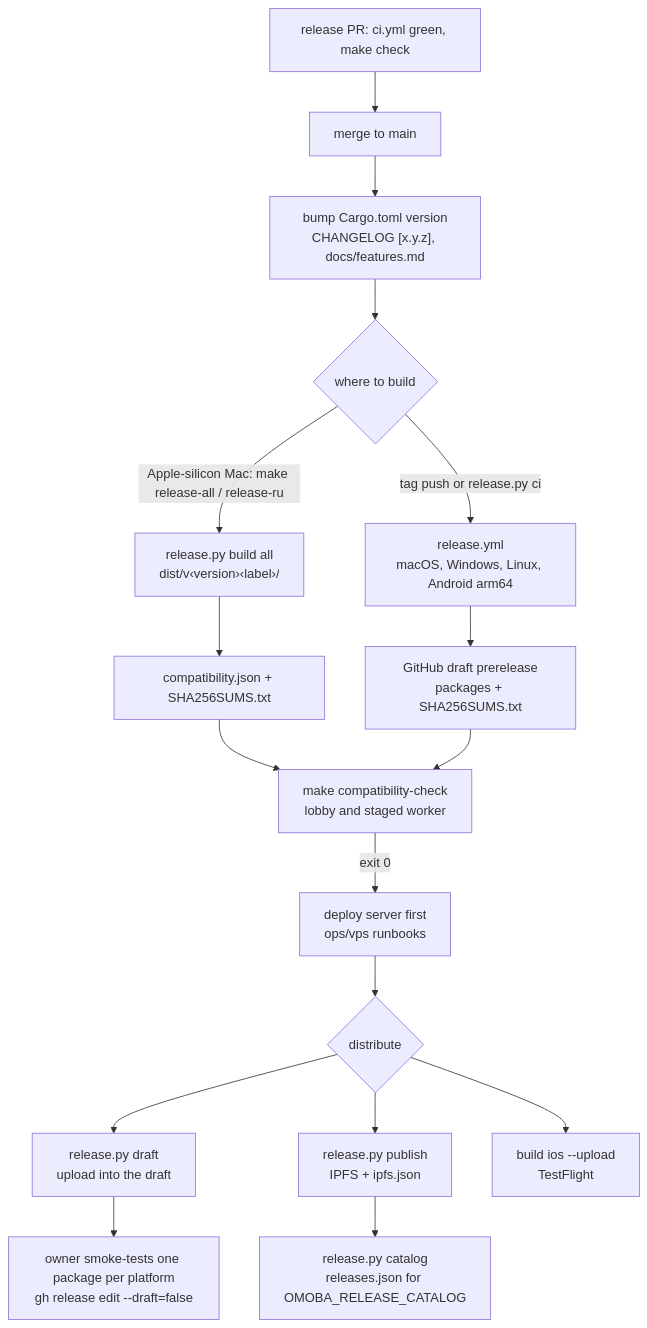
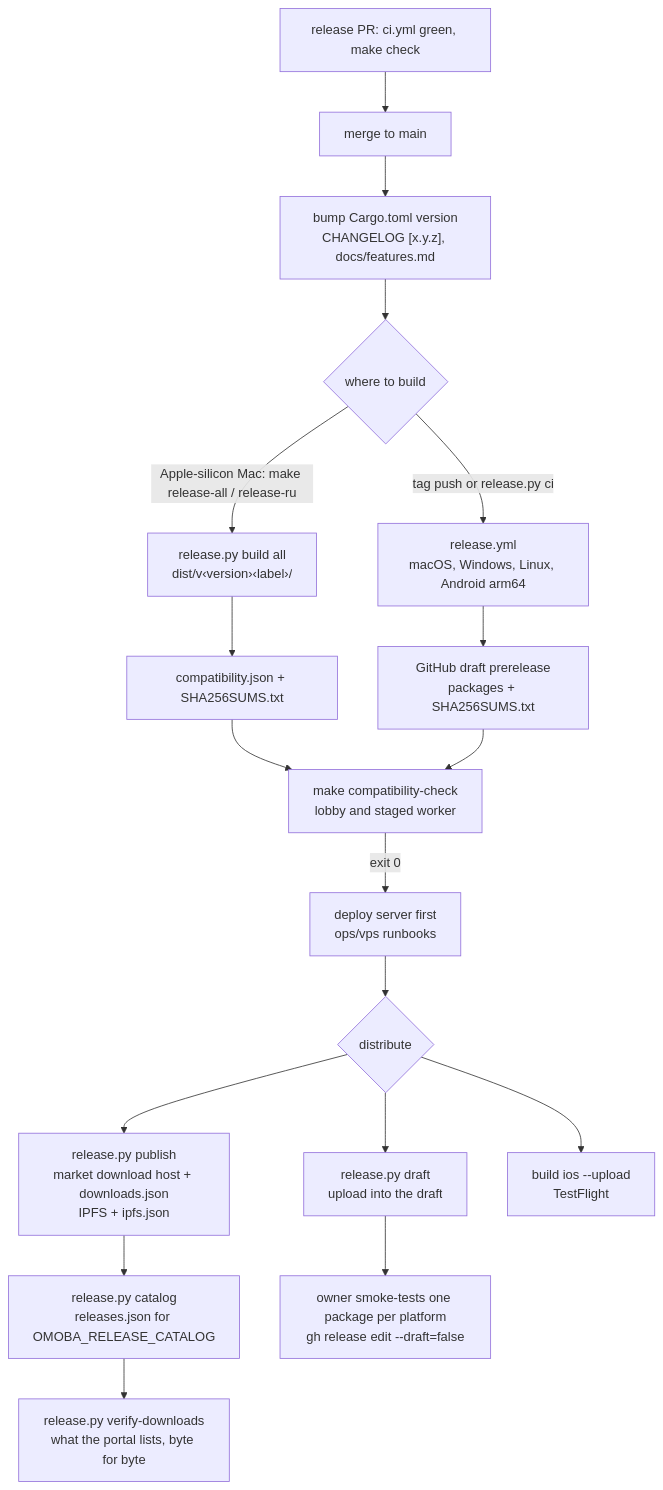
One commit to o-moba/omoba-bevy changed the second of 2 diagrams in docs/architecture/build-and-release.md. Above: the diagram before and after it, drawn with Mermaid. The commit also changed other lines of this file and 19 other files, not shown here.

````diff
--- a/docs/architecture/build-and-release.md
+++ b/docs/architecture/build-and-release.md
@@ -352,19 +354,20 @@
 ```mermaid
 flowchart TD
   PR["release PR: ci.yml green, make check"] --> MAIN["merge to main"]
   MAIN --> BUMP["bump Cargo.toml version<br/>CHANGELOG [x.y.z], docs/features.md"]
   BUMP --> WHERE{"where to build"}
   WHERE -->|tag push or release.py ci| GHA["release.yml<br/>macOS, Windows, Linux, Android arm64"]
   GHA --> DRAFT["GitHub draft prerelease<br/>packages + SHA256SUMS.txt"]
   WHERE -->|Apple-silicon Mac: make release-all / release-ru| LOCAL["release.py build all<br/>dist/v‹version›‹label›/"]
   LOCAL --> MAN["compatibility.json + SHA256SUMS.txt"]
   MAN --> PROBE["make compatibility-check<br/>lobby and staged worker"]
   DRAFT --> PROBE
   PROBE -->|exit 0| SRV["deploy server first<br/>ops/vps runbooks"]
   SRV --> DIST{"distribute"}
   DIST --> UP["release.py draft<br/>upload into the draft"]
-  DIST --> IPFS["release.py publish<br/>IPFS + ipfs.json"]
+  DIST --> IPFS["release.py publish<br/>market download host + downloads.json<br/>IPFS + ipfs.json"]
   IPFS --> CAT["release.py catalog<br/>releases.json for OMOBA_RELEASE_CATALOG"]
+  CAT --> VER["release.py verify-downloads<br/>what the portal lists, byte for byte"]
   DIST --> TF["build ios --upload<br/>TestFlight"]
   UP --> PUB["owner smoke-tests one package per platform<br/>gh release edit --draft=false"]
 ```
````
